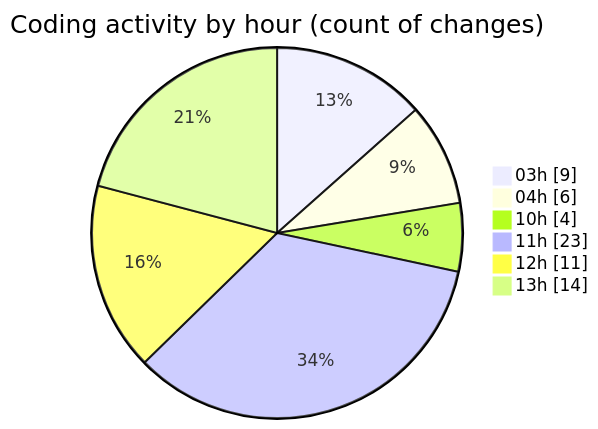
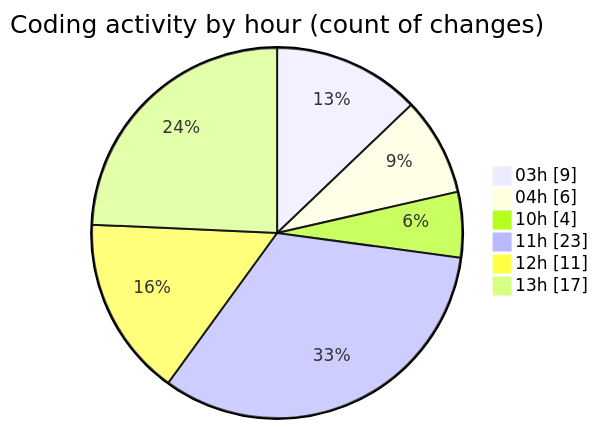
The second of 2 diagrams in 2025-10-30/eventscop-frontend-guide__workspace_/README.md (julien-gomy/code-tracking), drawn with Mermaid before and after one commit. The commit also changed other lines of this file and 1 other file, not shown here.

````diff
--- a/2025-10-30/eventscop-frontend-guide__workspace_/README.md
+++ b/2025-10-30/eventscop-frontend-guide__workspace_/README.md
@@ -41,10 +42,10 @@
 ```mermaid
 pie showData
 title Coding activity by hour (count of changes)
 "03h" : 9
 "04h" : 6
 "10h" : 4
 "11h" : 23
 "12h" : 11
-"13h" : 14
+"13h" : 17
 ```
````
